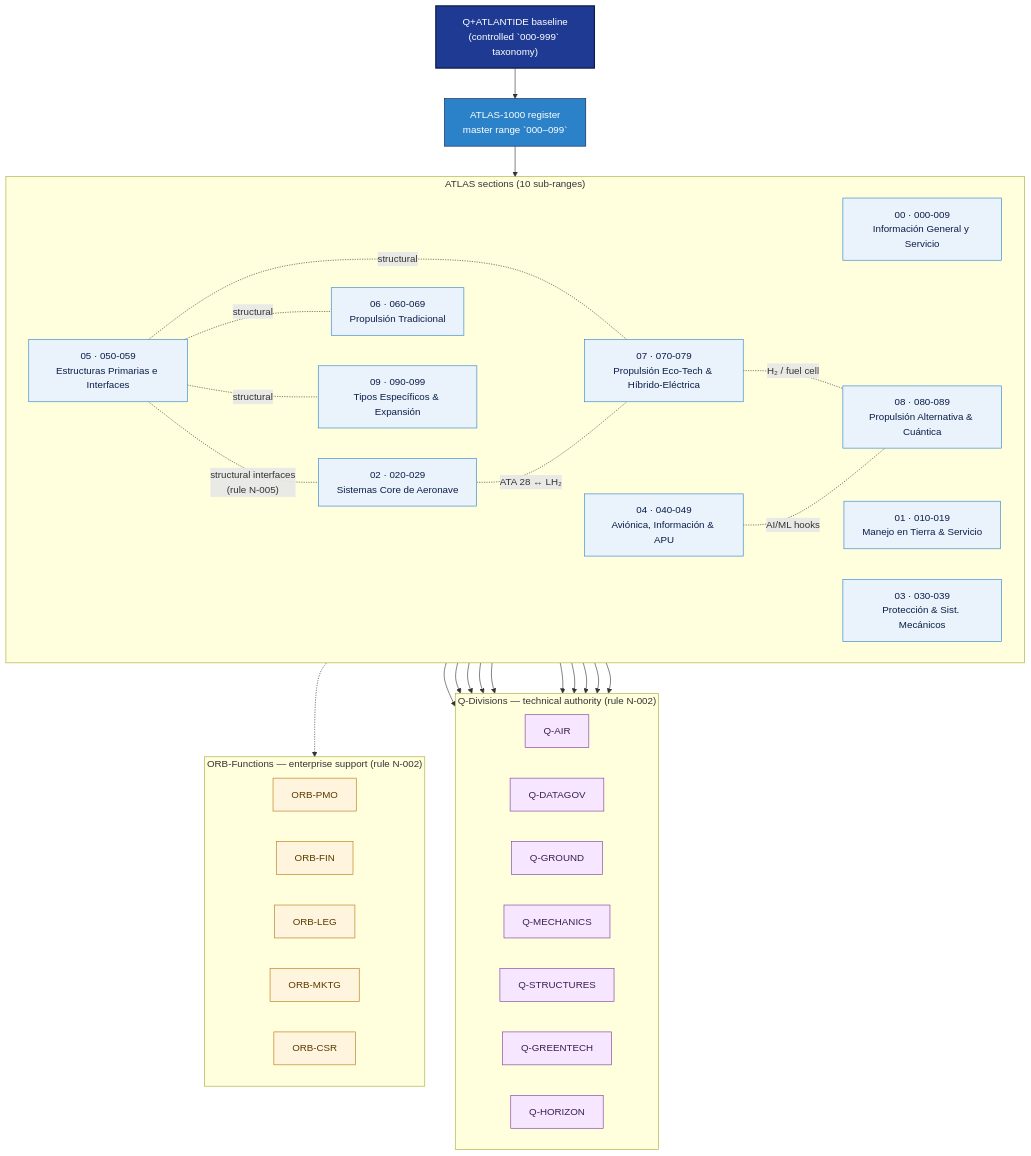
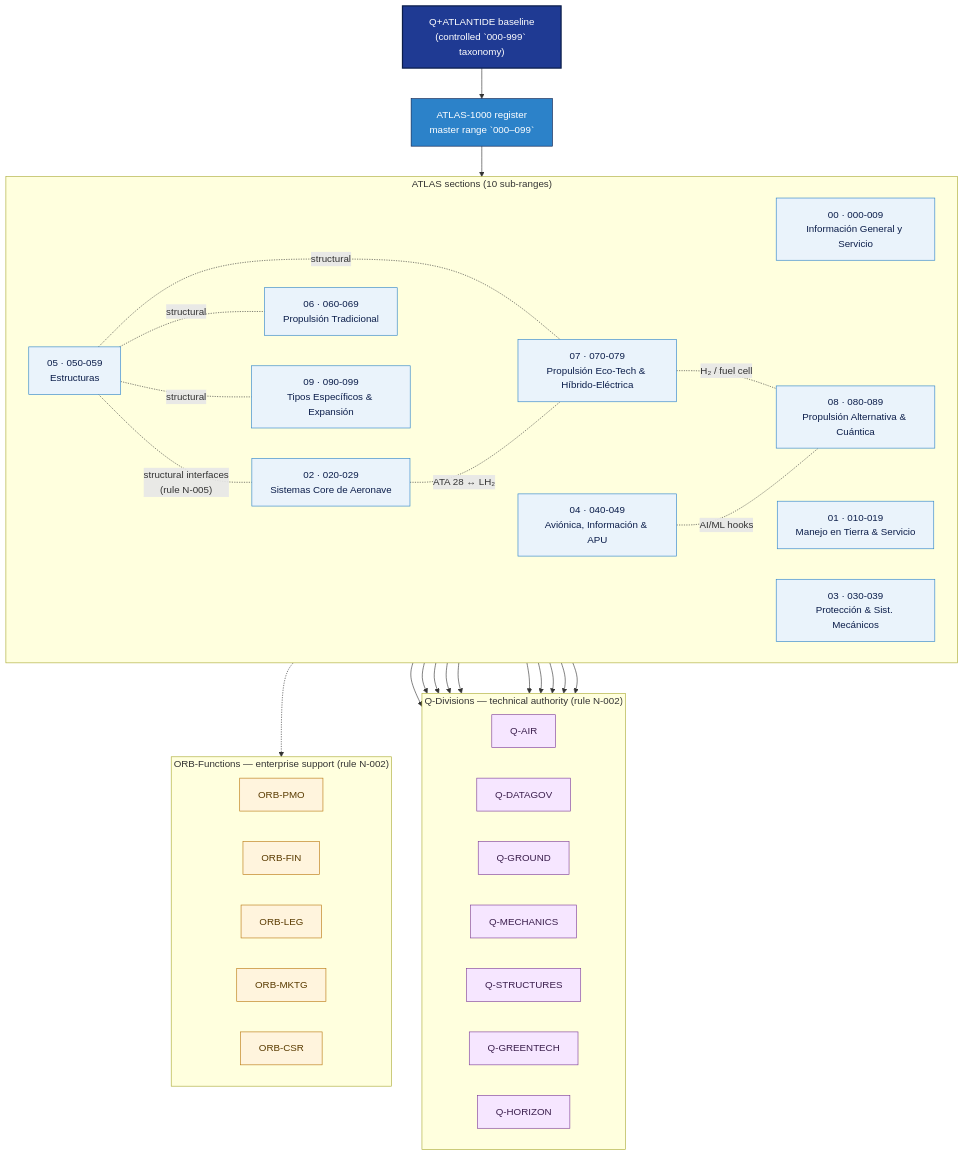
One commit to AmedeoPelliccia/Qplus-For-All-Queer-People-and-Quantum changed the diagram in Q+ATLANTIDE/000-099_ATLAS/README.md. Above: the diagram before and after it, drawn with Mermaid. The commit also changed other lines of this file and 13 other files, not shown here.

````diff
--- a/Q+ATLANTIDE/000-099_ATLAS/README.md
+++ b/Q+ATLANTIDE/000-099_ATLAS/README.md
@@ -82,71 +82,71 @@
 ```mermaid
 flowchart TB
     BASELINE["Q+ATLANTIDE baseline<br/>(controlled `000-999` taxonomy)"]:::baseline
     ATLAS["ATLAS-1000 register<br/>master range `000–099`"]:::register
     BASELINE --> ATLAS
 
     subgraph SECTIONS["ATLAS sections (10 sub-ranges)"]
         direction LR
         S00["00 · 000-009<br/>Información General y Servicio"]:::sec
         S01["01 · 010-019<br/>Manejo en Tierra & Servicio"]:::sec
         S02["02 · 020-029<br/>Sistemas Core de Aeronave"]:::sec
         S03["03 · 030-039<br/>Protección & Sist. Mecánicos"]:::sec
         S04["04 · 040-049<br/>Aviónica, Información & APU"]:::sec
-        S05["05 · 050-059<br/>Estructuras Primarias e Interfaces"]:::sec
+        S05["05 · 050-059<br/>Estructuras"]:::sec
         S06["06 · 060-069<br/>Propulsión Tradicional"]:::sec
         S07["07 · 070-079<br/>Propulsión Eco-Tech & Híbrido-Eléctrica"]:::sec
         S08["08 · 080-089<br/>Propulsión Alternativa & Cuántica"]:::sec
         S09["09 · 090-099<br/>Tipos Específicos & Expansión"]:::sec
     end
     ATLAS --> SECTIONS
 
     subgraph QDIV["Q-Divisions — technical authority (rule N-002)"]
         direction LR
         QAIR[Q-AIR]:::qdiv
         QDATA[Q-DATAGOV]:::qdiv
         QGND[Q-GROUND]:::qdiv
         QMECH[Q-MECHANICS]:::qdiv
         QSTR[Q-STRUCTURES]:::qdiv
         QGT[Q-GREENTECH]:::qdiv
         QHOR[Q-HORIZON]:::qdiv
     end
 
     subgraph ORB["ORB-Functions — enterprise support (rule N-002)"]
         direction LR
         OPMO[ORB-PMO]:::orb
         OFIN[ORB-FIN]:::orb
         OLEG[ORB-LEG]:::orb
         OMKTG[ORB-MKTG]:::orb
         OCSR[ORB-CSR]:::orb
     end
 
     %% Primary Q-Division ownership per section
     S00 --> QDATA
     S01 --> QGND
     S02 --> QAIR
     S03 --> QMECH
     S04 --> QDATA
     S05 --> QSTR
     S06 --> QGT
     S07 --> QGT
     S08 --> QGT
     S09 --> QHOR
 
     %% ORB enterprise support (every section is PMO-supported)
     SECTIONS -.-> ORB
 
     %% Notable cross-section interfaces (rule N-005, structural & energy)
     S05 -. "structural interfaces<br/>(rule N-005)" .- S02
     S05 -. structural .- S06
     S05 -. structural .- S07
     S05 -. structural .- S09
     S02 -. "ATA 28 ↔ LH₂" .- S07
     S07 -. "H₂ / fuel cell" .- S08
     S04 -. "AI/ML hooks" .- S08
 
     classDef baseline fill:#1f3a93,stroke:#0b1d4a,color:#fff,stroke-width:2px
     classDef register fill:#2c82c9,stroke:#0b1d4a,color:#fff
     classDef sec fill:#eaf3fb,stroke:#2c82c9,color:#0b1d4a
     classDef qdiv fill:#f6e6ff,stroke:#7d3c98,color:#3b1f4d
     classDef orb fill:#fff4dd,stroke:#b9770e,color:#5a3b00
 ```
````
